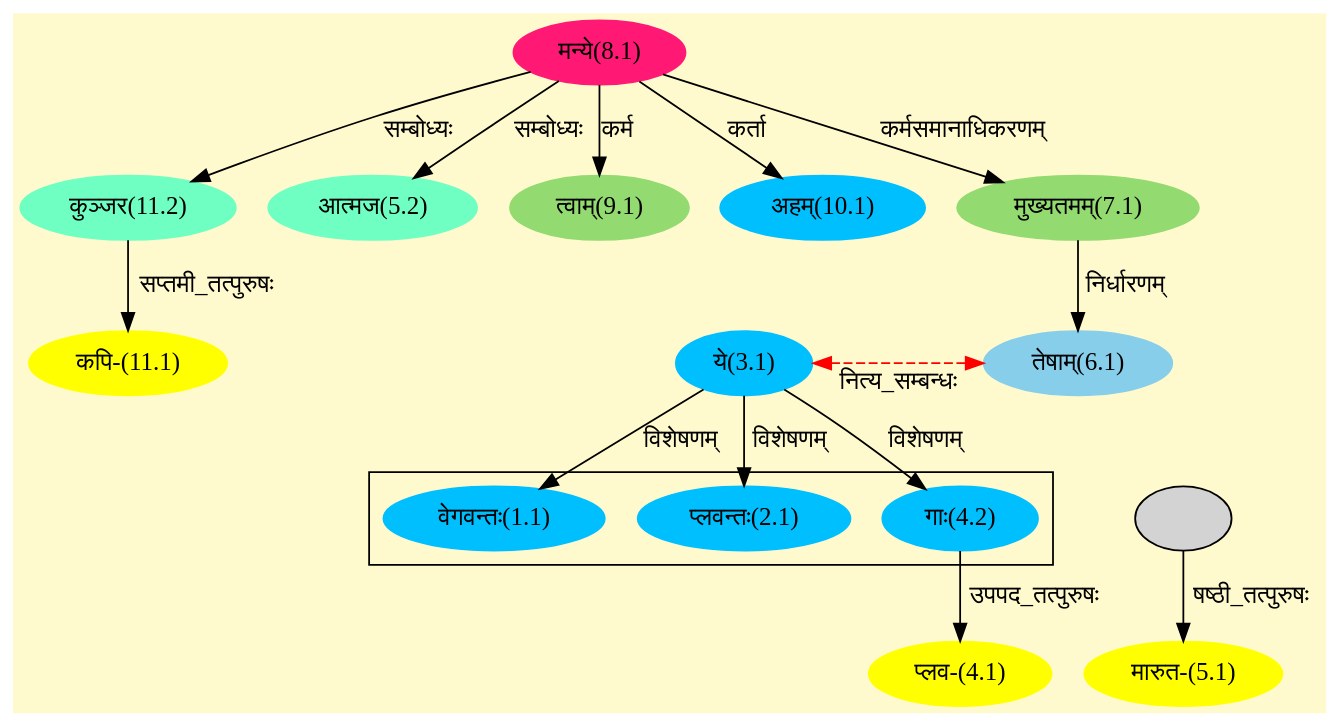
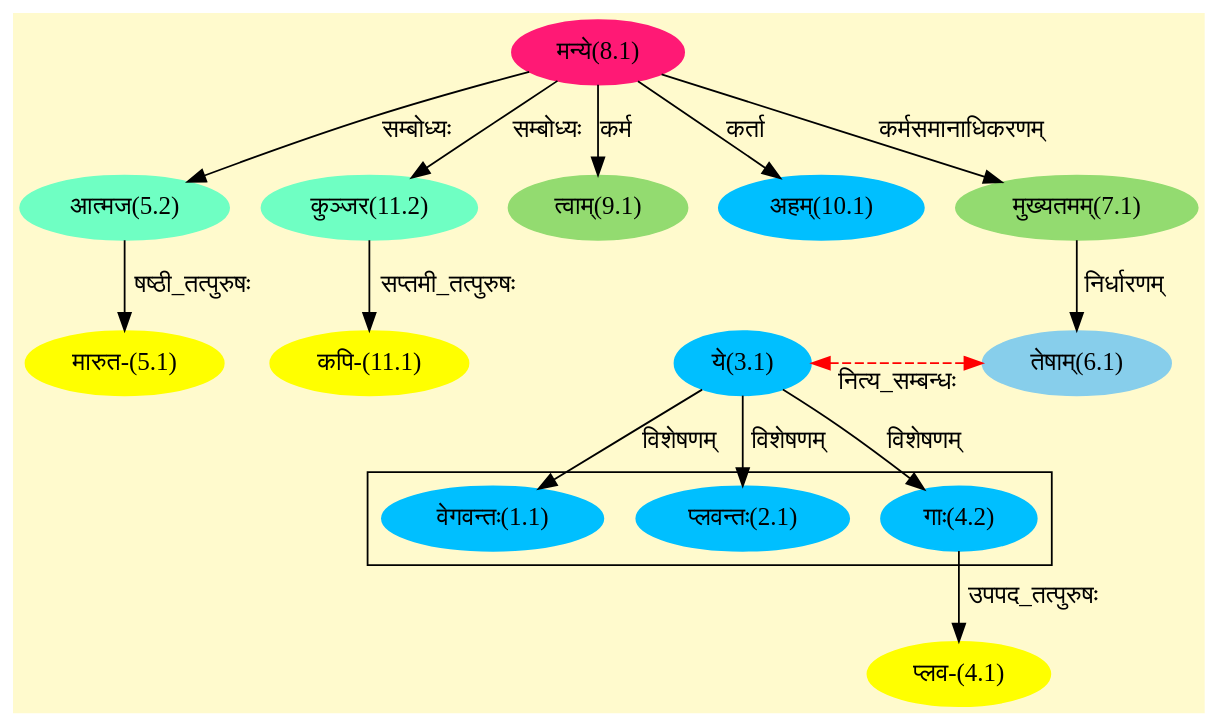
One commit to amarranjan1/skd.github.io changed the diagram in assets/graphs/01_111_1.dot. Above: the diagram before and after it, drawn with Graphviz. The commit also changed 60 other files, not shown here.

```diff
--- a/assets/graphs/01_111_1.dot
+++ b/assets/graphs/01_111_1.dot
@@ -1,43 +1,42 @@
 digraph G{
 rankdir=BT;
  compound=true;
  bgcolor="lemonchiffon1";
 
 subgraph cluster_1{
 Node1_1 [style=filled, color="#00BFFF" label = "वेगवन्तः(1.1)"]
 Node3_1 [style=filled, color="#00BFFF" label = "ये(3.1)"]
 Node2_1 [style=filled, color="#00BFFF" label = "प्लवन्तः(2.1)"]
 Node4_2 [style=filled, color="#00BFFF" label = "गाः(4.2)"]
 
 }
 Node3_1 [style=filled, color="#00BFFF" label = "ये(3.1)"]
 Node6_1 [style=filled, color="#87CEEB" label = "तेषाम्(6.1)"]
 Node4_1 [style=filled, color="#FFFF00" label = "प्लव-(4.1)"]
 Node4_2 [style=filled, color="#00BFFF" label = "गाः(4.2)"]
 Node5_1 [style=filled, color="#FFFF00" label = "मारुत-(5.1)"]
-Node5__2 [style=filled, color="" label = ""]
 Node5_2 [style=filled, color="#6FFFC3" label = "आत्मज(5.2)"]
 Node8_1 [style=filled, color="#FF1975" label = "मन्ये(8.1)"]
 Node7_1 [style=filled, color="#93DB70" label = "मुख्यतमम्(7.1)"]
 Node [style=filled, color="" label = "()"]
 Node9_1 [style=filled, color="#93DB70" label = "त्वाम्(9.1)"]
 Node10_1 [style=filled, color="#00BFFF" label = "अहम्(10.1)"]
 Node11_1 [style=filled, color="#FFFF00" label = "कपि-(11.1)"]
 Node11_2 [style=filled, color="#6FFFC3" label = "कुञ्जर(11.2)"]
 {rank = same; Node3_1; Node6_1;}
 /* Start of Relations section */
 
 Node1_1 -> Node3_1 [  label="विशेषणम्"  dir="back" ]
 Node2_1 -> Node3_1 [  label="विशेषणम्"  dir="back" ]
 Node3_1 -> Node6_1 [ style=dashed color="red" label="नित्य_सम्बन्धः"  dir="both" ]
 Node4_1 -> Node4_2 [  label="उपपद_तत्पुरुषः"  dir="back" ]
 Node4_2 -> Node3_1 [  label="विशेषणम्"  dir="back" ]
-Node5_1 -> Node5__2 [  label="षष्ठी_तत्पुरुषः"  dir="back" ]
+Node5_1 -> Node5_2 [  label="षष्ठी_तत्पुरुषः"  dir="back" ]
 Node5_2 -> Node8_1 [  label="सम्बोध्यः"  dir="back" ]
 Node6_1 -> Node7_1 [  label="निर्धारणम्"  dir="back" ]
 Node7_1 -> Node8_1 [  label="कर्मसमानाधिकरणम्"  dir="back" ]
 Node9_1 -> Node8_1 [  label="कर्म"  dir="back" ]
 Node10_1 -> Node8_1 [  label="कर्ता"  dir="back" ]
 Node11_1 -> Node11_2 [  label="सप्तमी_तत्पुरुषः"  dir="back" ]
 Node11_2 -> Node8_1 [  label="सम्बोध्यः"  dir="back" ]
 }
```
